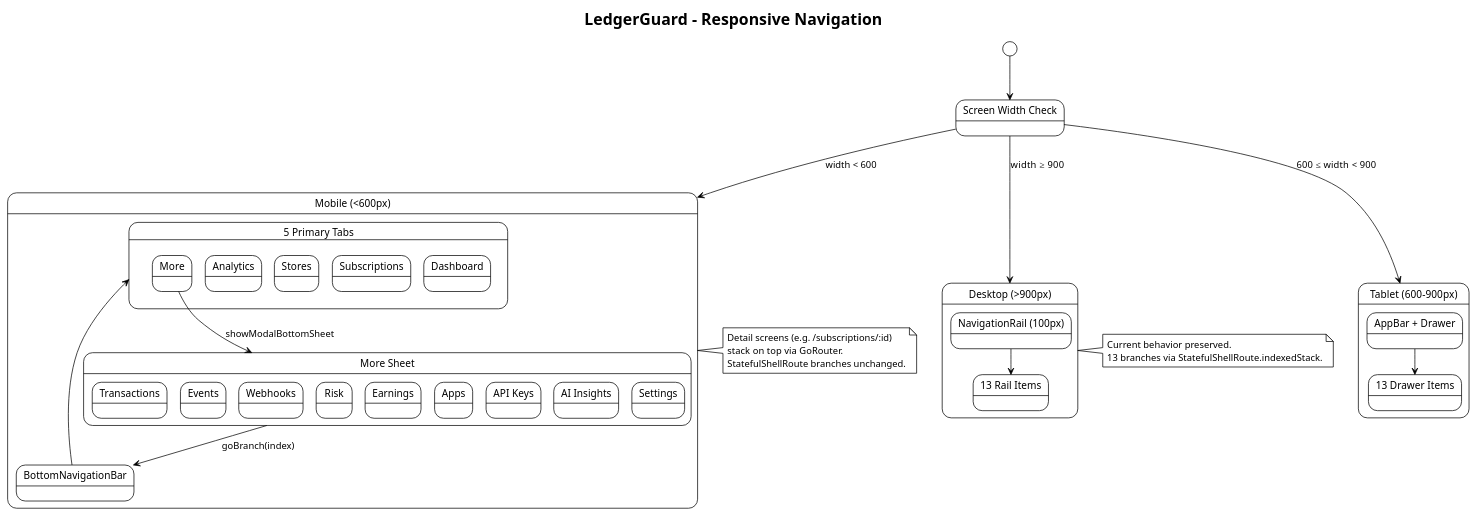
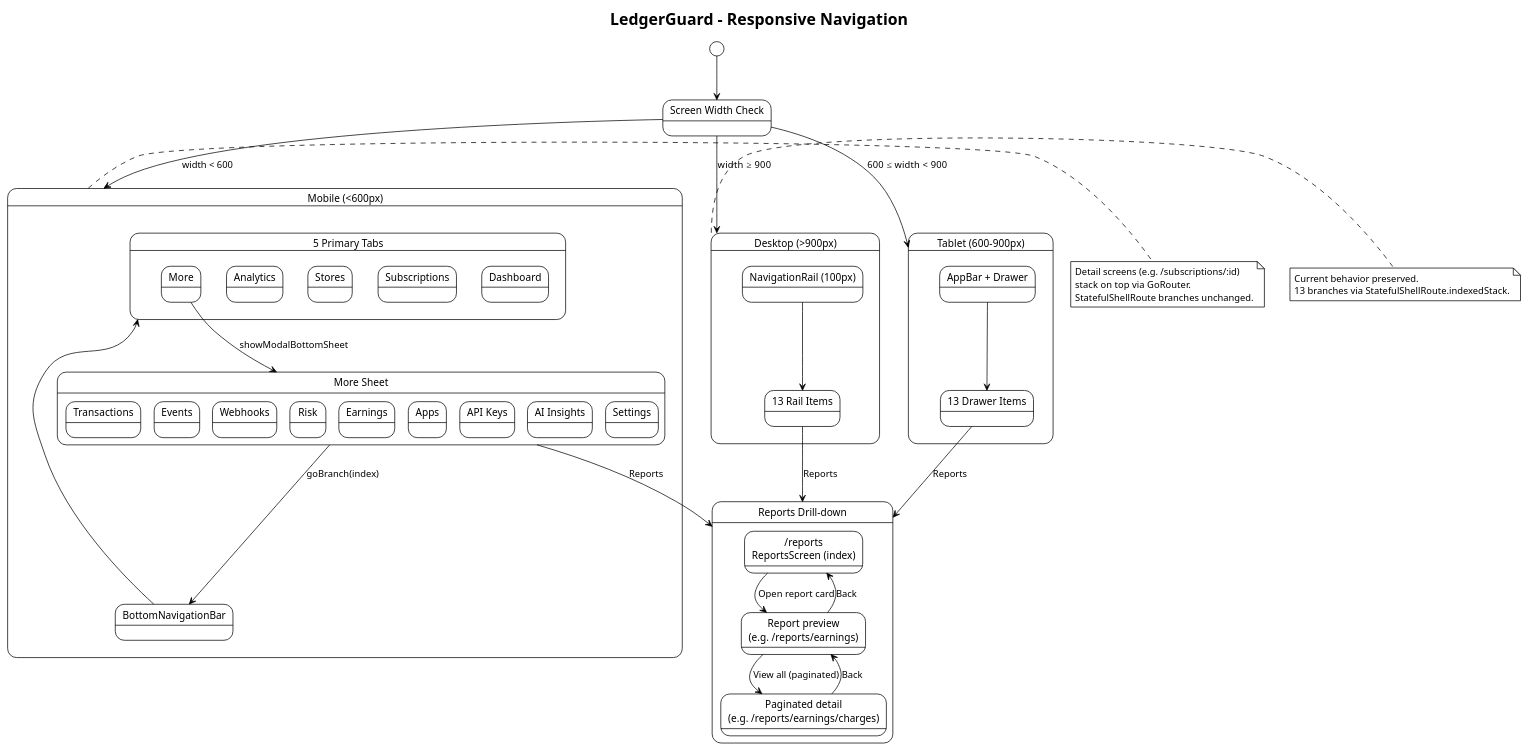
One commit to sachin-sivadasan/ledgerguard changed the diagram in frontend-flutter/docs/MOBILE_NAVIGATION.puml. Above: the diagram before and after it, drawn with PlantUML. The commit also changed 8 other files, not shown here.

First line of the commit message:
docs(diagrams): reports paging audit + drop dead shopify oauth routes (#29)

```diff
--- a/frontend-flutter/docs/MOBILE_NAVIGATION.puml
+++ b/frontend-flutter/docs/MOBILE_NAVIGATION.puml
@@ -1,60 +1,77 @@
 @startuml Mobile Navigation Flow
 !theme plain
 title LedgerGuard – Responsive Navigation
 
 state "Screen Width Check" as check
 state "Mobile (<600px)" as mobile {
   state "BottomNavigationBar" as bnb
   state "5 Primary Tabs" as tabs {
     state "Dashboard" as t1
     state "Subscriptions" as t2
     state "Stores" as t3
     state "Analytics" as t4
     state "More" as t5
   }
   state "More Sheet" as sheet {
     state "Transactions" as m1
     state "Events" as m2
     state "Webhooks" as m3
     state "Risk" as m4
     state "Earnings" as m5
     state "Apps" as m6
     state "API Keys" as m7
     state "AI Insights" as m8
     state "Settings" as m9
   }
 
   bnb --> tabs
   t5 --> sheet : showModalBottomSheet
   sheet --> bnb : goBranch(index)
 }
 
 state "Tablet (600–900px)" as tablet {
   state "AppBar + Drawer" as drawer
   state "13 Drawer Items" as drawerItems
   drawer --> drawerItems
 }
 
 state "Desktop (>900px)" as desktop {
   state "NavigationRail (100px)" as rail
   state "13 Rail Items" as railItems
   rail --> railItems
 }
 
+' Reports section (own StatefulShellBranch, appended last) reachable from
+' the "More" sheet / Drawer / Rail. Two-level drill-down inside Reports:
+state "Reports Drill-down" as reports {
+  state "/reports\nReportsScreen (index)" as rIndex
+  state "Report preview\n(e.g. /reports/earnings)" as rReport
+  state "Paginated detail\n(e.g. /reports/earnings/charges)" as rDetail
+
+  rIndex --> rReport : Open report card
+  rReport --> rDetail : View all (paginated)
+  rDetail --> rReport : Back
+  rReport --> rIndex : Back
+}
+
+sheet --> reports : Reports
+drawerItems --> reports : Reports
+railItems --> reports : Reports
+
 [*] --> check
 check --> mobile : width < 600
 check --> tablet : 600 ≤ width < 900
 check --> desktop : width ≥ 900
 
 note right of mobile
   Detail screens (e.g. /subscriptions/:id)
   stack on top via GoRouter.
   StatefulShellRoute branches unchanged.
 end note
 
 note right of desktop
   Current behavior preserved.
   13 branches via StatefulShellRoute.indexedStack.
 end note
 
 @enduml
```
